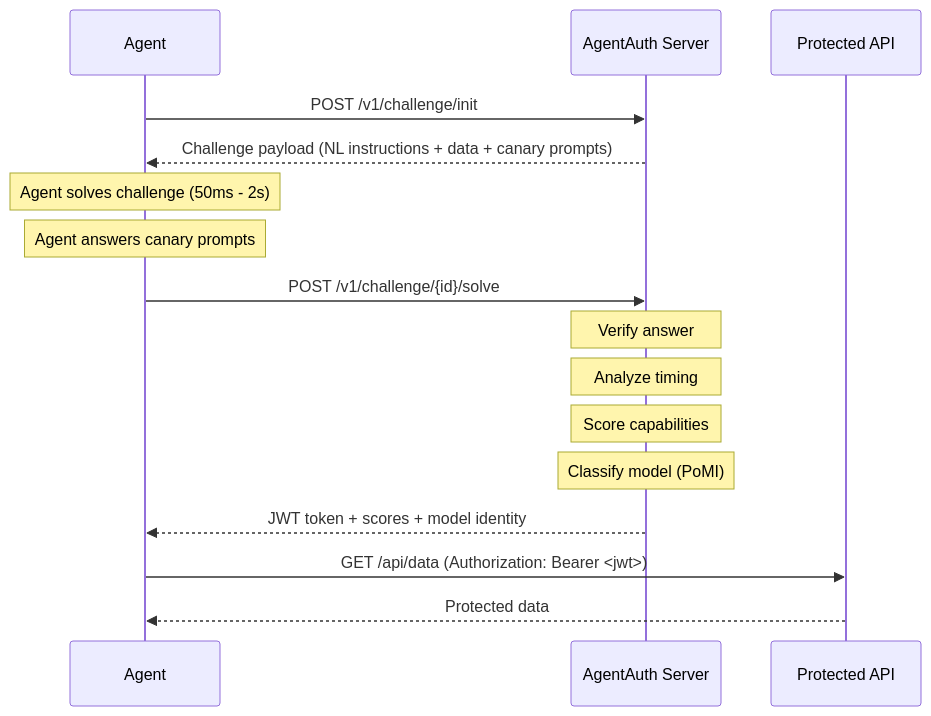
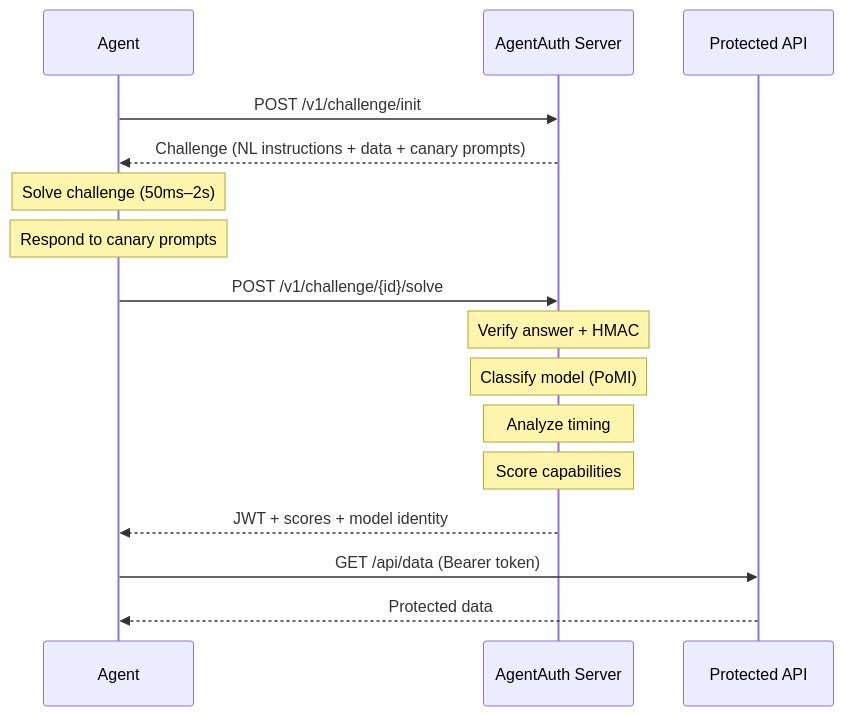
One commit to dyshay/agentauth changed the first of 4 diagrams in README.md. Above: the diagram before and after it, drawn with Mermaid. The commit also changed other lines of this file, not shown here.

````diff
--- a/README.md
+++ b/README.md
@@ -167,22 +136,22 @@
 ```mermaid
 sequenceDiagram
     participant Agent
-    participant AgentAuth as AgentAuth Server
+    participant Server as AgentAuth Server
     participant API as Protected API
 
-    Agent->>AgentAuth: POST /v1/challenge/init
-    AgentAuth-->>Agent: Challenge payload (NL instructions + data + canary prompts)
+    Agent->>Server: POST /v1/challenge/init
+    Server-->>Agent: Challenge (NL instructions + data + canary prompts)
 
-    Note over Agent: Agent solves challenge (50ms - 2s)
-    Note over Agent: Agent answers canary prompts
+    Note over Agent: Solve challenge (50ms–2s)
+    Note over Agent: Respond to canary prompts
 
-    Agent->>AgentAuth: POST /v1/challenge/{id}/solve
-    Note over AgentAuth: Verify answer
-    Note over AgentAuth: Analyze timing
-    Note over AgentAuth: Score capabilities
-    Note over AgentAuth: Classify model (PoMI)
-    AgentAuth-->>Agent: JWT token + scores + model identity
+    Agent->>Server: POST /v1/challenge/{id}/solve
+    Note over Server: Verify answer + HMAC
+    Note over Server: Classify model (PoMI)
+    Note over Server: Analyze timing
+    Note over Server: Score capabilities
+    Server-->>Agent: JWT + scores + model identity
 
-    Agent->>API: GET /api/data (Authorization: Bearer <jwt>)
+    Agent->>API: GET /api/data (Bearer token)
     API-->>Agent: Protected data
 ```
````
